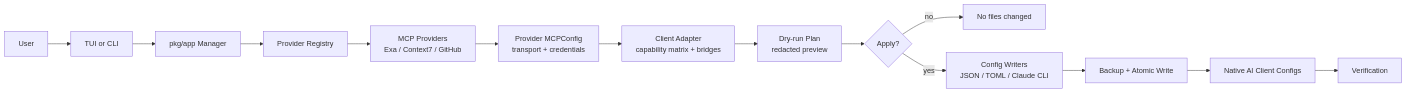
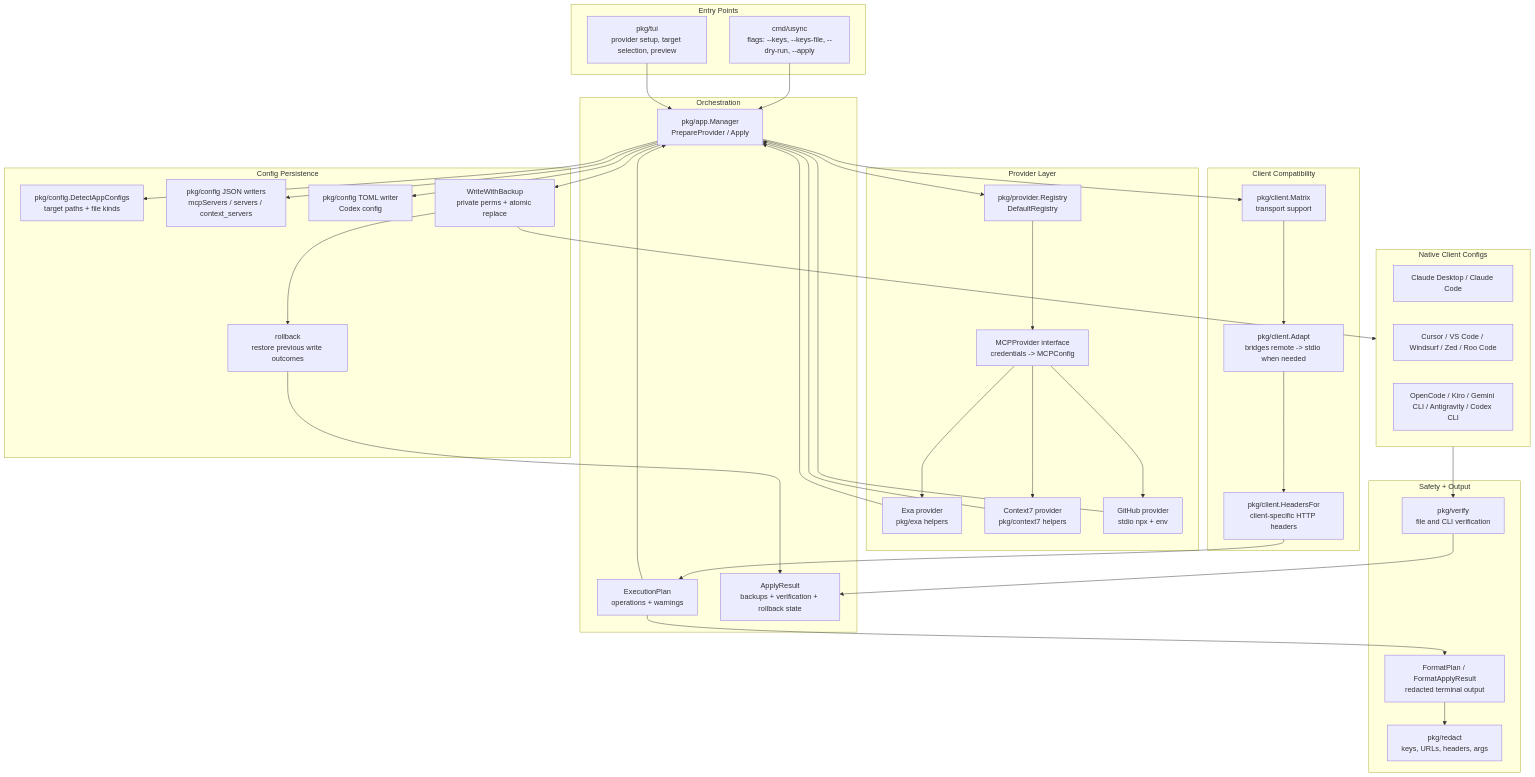
One commit to nawodyaishan/mcp-config-tui changed the diagram in README.md. Above: the diagram before and after it, drawn with Mermaid. The commit also changed other lines of this file and 1 other file, not shown here.

Commit message:
fix: update coverage threshold to 60% in Makefile and enhance README with Terraform-inspired workflow note

````diff
--- a/README.md
+++ b/README.md
@@ -147,16 +150,74 @@
 ```mermaid
-flowchart LR
-    user["User"] --> entry["TUI or CLI"]
-    entry --> manager["pkg/app Manager"]
-    manager --> registry["Provider Registry"]
-    registry --> providers["MCP Providers<br/>Exa / Context7 / GitHub"]
-    providers --> config["Provider MCPConfig<br/>transport + credentials"]
-    config --> adapter["Client Adapter<br/>capability matrix + bridges"]
-    adapter --> plan["Dry-run Plan<br/>redacted preview"]
-    plan --> apply{"Apply?"}
-    apply -- "no" --> stop["No files changed"]
-    apply -- "yes" --> writers["Config Writers<br/>JSON / TOML / Claude CLI"]
-    writers --> backup["Backup + Atomic Write"]
-    backup --> clients["Native AI Client Configs"]
-    clients --> verify["Verification"]
+flowchart TB
+    subgraph entry["Entry Points"]
+        cli["cmd/usync<br/>flags: --keys, --keys-file, --dry-run, --apply"]
+        tui["pkg/tui<br/>provider setup, target selection, preview"]
+    end
+
+    subgraph orchestration["Orchestration"]
+        manager["pkg/app.Manager<br/>PrepareProvider / Apply"]
+        plan["ExecutionPlan<br/>operations + warnings"]
+        result["ApplyResult<br/>backups + verification + rollback state"]
+    end
+
+    subgraph providerLayer["Provider Layer"]
+        registry["pkg/provider.Registry<br/>DefaultRegistry"]
+        providerAPI["MCPProvider interface<br/>credentials -> MCPConfig"]
+        exa["Exa provider<br/>pkg/exa helpers"]
+        context7["Context7 provider<br/>pkg/context7 helpers"]
+        github["GitHub provider<br/>stdio npx + env"]
+    end
+
+    subgraph clientLayer["Client Compatibility"]
+        matrix["pkg/client.Matrix<br/>transport support"]
+        adapt["pkg/client.Adapt<br/>bridges remote -> stdio when needed"]
+        headers["pkg/client.HeadersFor<br/>client-specific HTTP headers"]
+    end
+
+    subgraph configLayer["Config Persistence"]
+        paths["pkg/config.DetectAppConfigs<br/>target paths + file kinds"]
+        json["pkg/config JSON writers<br/>mcpServers / servers / context_servers"]
+        toml["pkg/config TOML writer<br/>Codex config"]
+        backup["WriteWithBackup<br/>private perms + atomic replace"]
+        rollback["rollback<br/>restore previous write outcomes"]
+    end
+
+    subgraph safety["Safety + Output"]
+        redact["pkg/redact<br/>keys, URLs, headers, args"]
+        verify["pkg/verify<br/>file and CLI verification"]
+        format["FormatPlan / FormatApplyResult<br/>redacted terminal output"]
+    end
+
+    subgraph clients["Native Client Configs"]
+        claude["Claude Desktop / Claude Code"]
+        editors["Cursor / VS Code / Windsurf / Zed / Roo Code"]
+        agents["OpenCode / Kiro / Gemini CLI / Antigravity / Codex CLI"]
+    end
+
+    cli --> manager
+    tui --> manager
+    manager --> paths
+    manager --> registry
+    registry --> providerAPI
+    providerAPI --> exa
+    providerAPI --> context7
+    providerAPI --> github
+    exa --> manager
+    context7 --> manager
+    github --> manager
+    manager --> matrix
+    matrix --> adapt
+    adapt --> headers
+    headers --> plan
+    plan --> format
+    format --> redact
+    plan --> manager
+    manager --> json
+    manager --> toml
+    manager --> backup
+    backup --> rollback
+    backup --> clients
+    clients --> verify
+    verify --> result
+    rollback --> result
 ```
````
